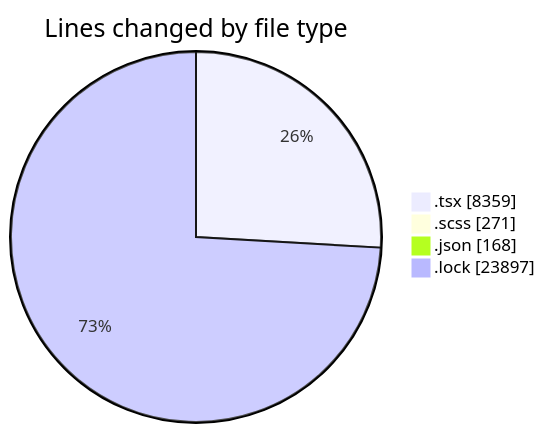
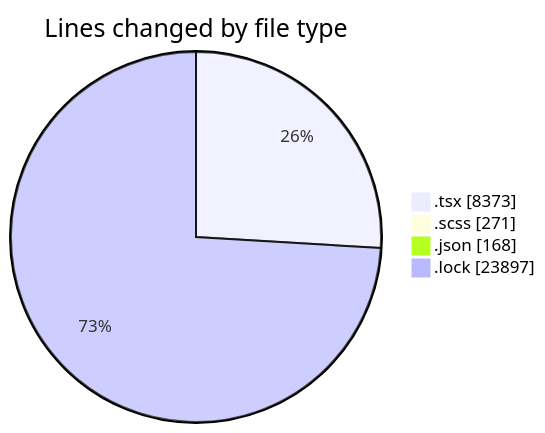
Before and after one commit to momahboobian/code-tracking: the first of 2 diagrams in 2025-11-18/cda/README.md, drawn with Mermaid. The commit also changed other lines of this file and 1 other file, not shown here.

````diff
--- a/2025-11-18/cda/README.md
+++ b/2025-11-18/cda/README.md
@@ -35,8 +35,8 @@
 ```mermaid
 pie showData
 title Lines changed by file type
-".tsx" : 8359
+".tsx" : 8373
 ".scss" : 271
 ".json" : 168
 ".lock" : 23897
 ```
````
